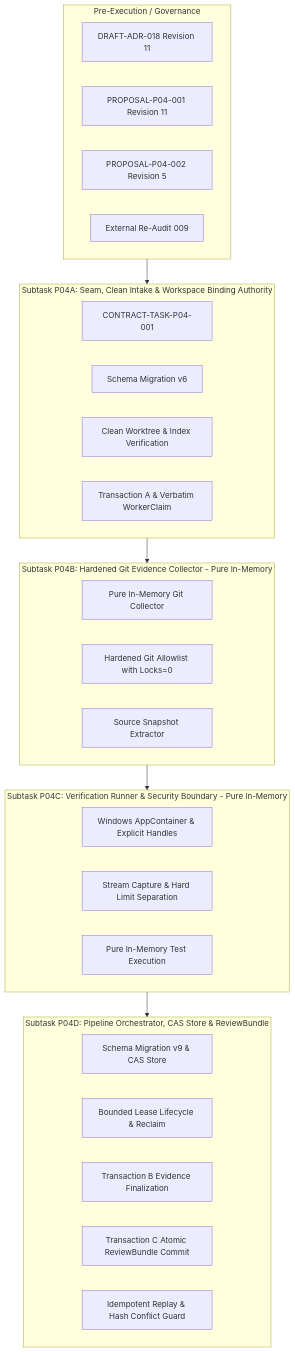
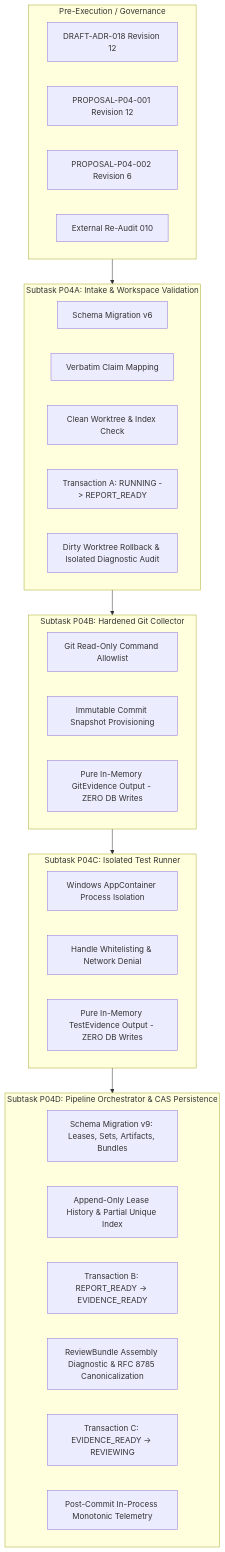
One commit to trungqwe/ai-supervisor changed the diagram in docs/plans/PLAN-P04-EVIDENCE-REVIEW.md. Above: the diagram before and after it, drawn with Mermaid. The commit also changed other lines of this file and 6 other files, not shown here.

Commit message:
docs(p04): remediate architecture findings R11-001..004 (Revision 12)

````diff
--- a/docs/plans/PLAN-P04-EVIDENCE-REVIEW.md
+++ b/docs/plans/PLAN-P04-EVIDENCE-REVIEW.md
@@ -22,41 +22,43 @@
 ```mermaid
 flowchart TD
     subgraph PreExecution [Pre-Execution / Governance]
-        ADR18[DRAFT-ADR-018 Revision 11]
-        PROP1[PROPOSAL-P04-001 Revision 11]
-        PROP2[PROPOSAL-P04-002 Revision 5]
-        Audit009[External Re-Audit 009]
+        ADR18[DRAFT-ADR-018 Revision 12]
+        PROP1[PROPOSAL-P04-001 Revision 12]
+        PROP2[PROPOSAL-P04-002 Revision 6]
+        Audit010[External Re-Audit 010]
     end
 
-    subgraph P04A [Subtask P04A: Seam, Clean Intake & Workspace Binding Authority]
-        P04A_Contract[CONTRACT-TASK-P04-001]
-        P04A_Mig[Schema Migration v6]
-        P04A_Clean[Clean Worktree & Index Verification]
-        P04A_Intake[Transaction A & Verbatim WorkerClaim]
+    subgraph P04A [Subtask P04A: Intake & Workspace Validation]
+        T1[Schema Migration v6]
+        T2[Verbatim Claim Mapping]
+        T3[Clean Worktree & Index Check]
+        T4[Transaction A: RUNNING -> REPORT_READY]
+        T5[Dirty Worktree Rollback & Isolated Diagnostic Audit]
     end
 
-    subgraph P04B [Subtask P04B: Hardened Git Evidence Collector - Pure In-Memory]
-        P04B_Collector[Pure In-Memory Git Collector]
-        P04B_Allowlist[Hardened Git Allowlist with Locks=0]
-        P04B_Snapshot[Source Snapshot Extractor]
+    subgraph P04B [Subtask P04B: Hardened Git Collector]
+        T6[Git Read-Only Command Allowlist]
+        T7[Immutable Commit Snapshot Provisioning]
+        T8[Pure In-Memory GitEvidence Output - ZERO DB Writes]
     end
 
-    subgraph P04C [Subtask P04C: Verification Runner & Security Boundary - Pure In-Memory]
-        P04C_Sandbox[Windows AppContainer & Explicit Handles]
-        P04C_Stream[Stream Capture & Hard Limit Separation]
-        P04C_Execution[Pure In-Memory Test Execution]
+    subgraph P04C [Subtask P04C: Isolated Test Runner]
+        T9[Windows AppContainer Process Isolation]
+        T10[Handle Whitelisting & Network Denial]
+        T11[Pure In-Memory TestEvidence Output - ZERO DB Writes]
     end
 
-    subgraph P04D [Subtask P04D: Pipeline Orchestrator, CAS Store & ReviewBundle]
-        P04D_Mig[Schema Migration v9 & CAS Store]
-        P04D_Lease[Bounded Lease Lifecycle & Reclaim]
-        P04D_TxB[Transaction B Evidence Finalization]
-        P04D_TxC[Transaction C Atomic ReviewBundle Commit]
-        P04D_Replay[Idempotent Replay & Hash Conflict Guard]
+    subgraph P04D [Subtask P04D: Pipeline Orchestrator & CAS Persistence]
+        T12[Schema Migration v9: Leases, Sets, Artifacts, Bundles]
+        T13[Append-Only Lease History & Partial Unique Index]
+        T14[Transaction B: REPORT_READY -> EVIDENCE_READY]
+        T15[ReviewBundle Assembly Diagnostic & RFC 8785 Canonicalization]
+        T16[Transaction C: EVIDENCE_READY -> REVIEWING]
+        T17[Post-Commit In-Process Monotonic Telemetry]
     end
 
     PreExecution --> P04A
     P04A --> P04B
     P04B --> P04C
     P04C --> P04D
 ```
````
